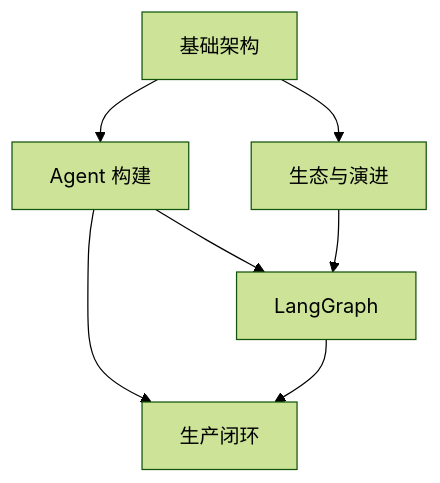
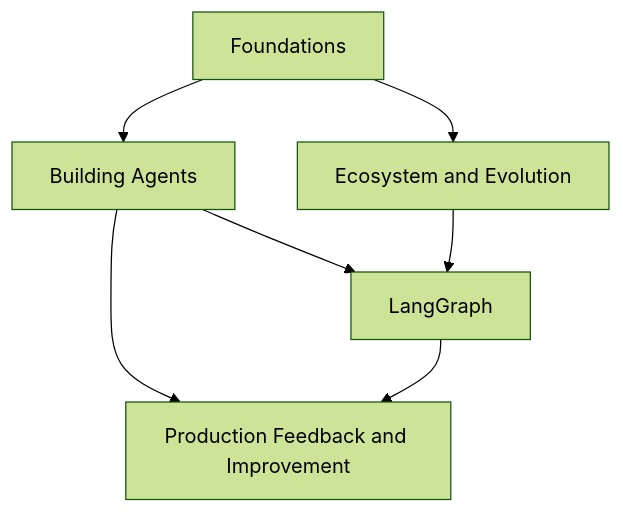
Before and after one commit to oneleaveknowsthefall/awesome-ai-roadmap: the diagram in docs/frameworks/01-langchain/README.md, drawn with Mermaid (forest theme). The commit also changed other lines of this file and 70 other files, not shown here.

````diff
--- a/docs/frameworks/01-langchain/README.md
+++ b/docs/frameworks/01-langchain/README.md
@@ -23,9 +23,9 @@
 ```mermaid
 flowchart TB
-    F[基础架构] --> B[Agent 构建]
-    F --> E[生态与演进]
+    F[Foundations] --> B[Building Agents]
+    F --> E[Ecosystem and Evolution]
     B --> G[LangGraph]
     E --> G
-    B --> P[生产闭环]
+    B --> P[Production Feedback and Improvement]
     G --> P
 ```
````
